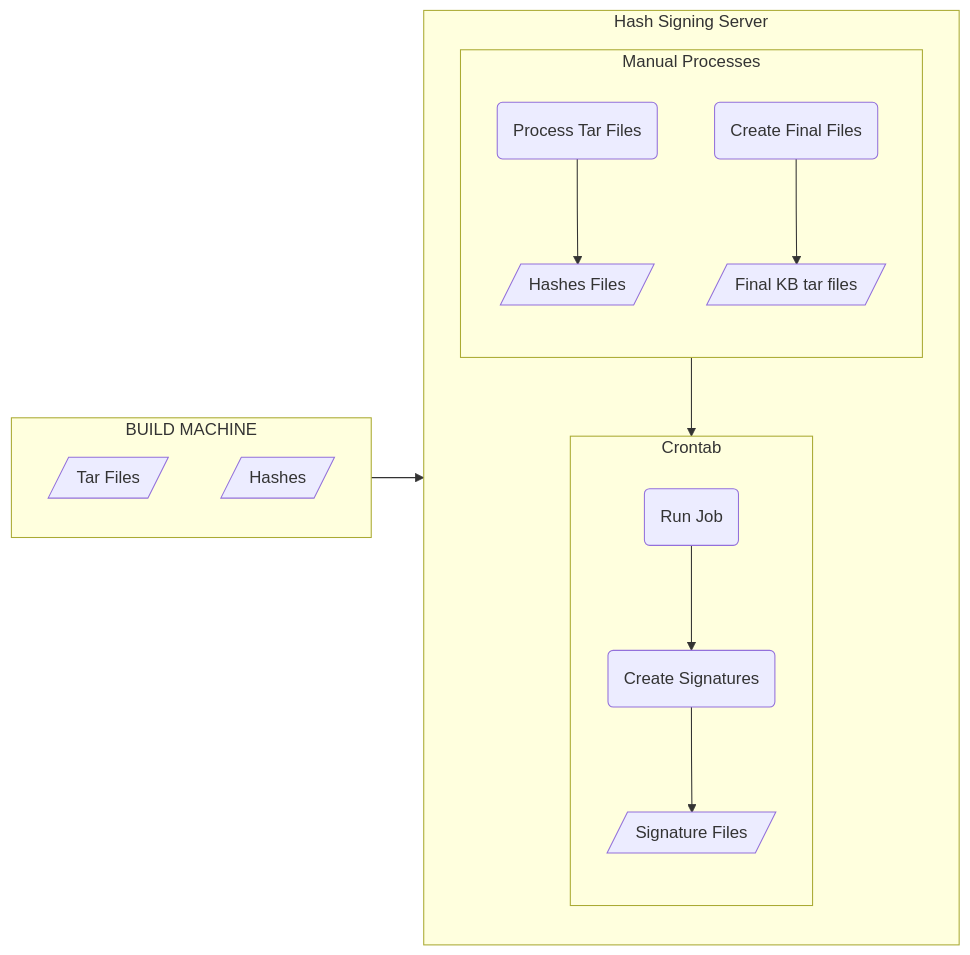
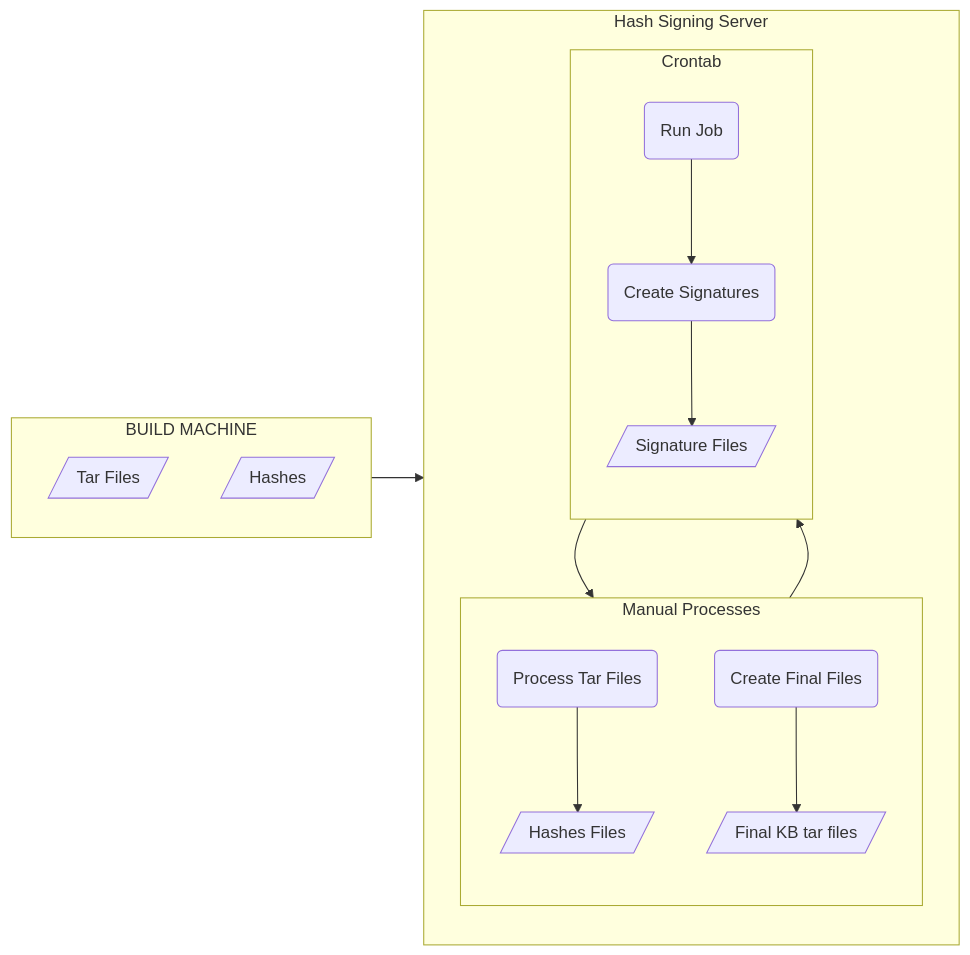
Before and after one commit to lopezji/test-repository: the diagram in README.md, drawn with Mermaid.

````diff
--- a/README.md
+++ b/README.md
@@ -4,29 +4,31 @@
 ```mermaid
 %%{init: {"flowchart": {"htmlLabels": false}} }%%
 flowchart LR
     subgraph a["BUILD MACHINE"]
         direction TB
             a1[/Tar Files/]
             a2[/Hashes/]
     end
 
      subgraph b["Hash Signing Server"]
         direction TB
             subgraph b1[Manual Processes]
                 direction TB
                 b11(Process Tar Files) --> b12[/Hashes Files/]
                 c1("Create Final Files") --> c2[/Final KB tar files/]
             end
 
             subgraph b2["Crontab"]
                 direction TB 
                 b21("Run Job") --> b22(Create Signatures)
                 b22 --> b23[/Signature Files/]
             end 
+
             b12 --> b2
             
+            b23 --> c1
      end               
 
      a --> b
 
 ```
````
